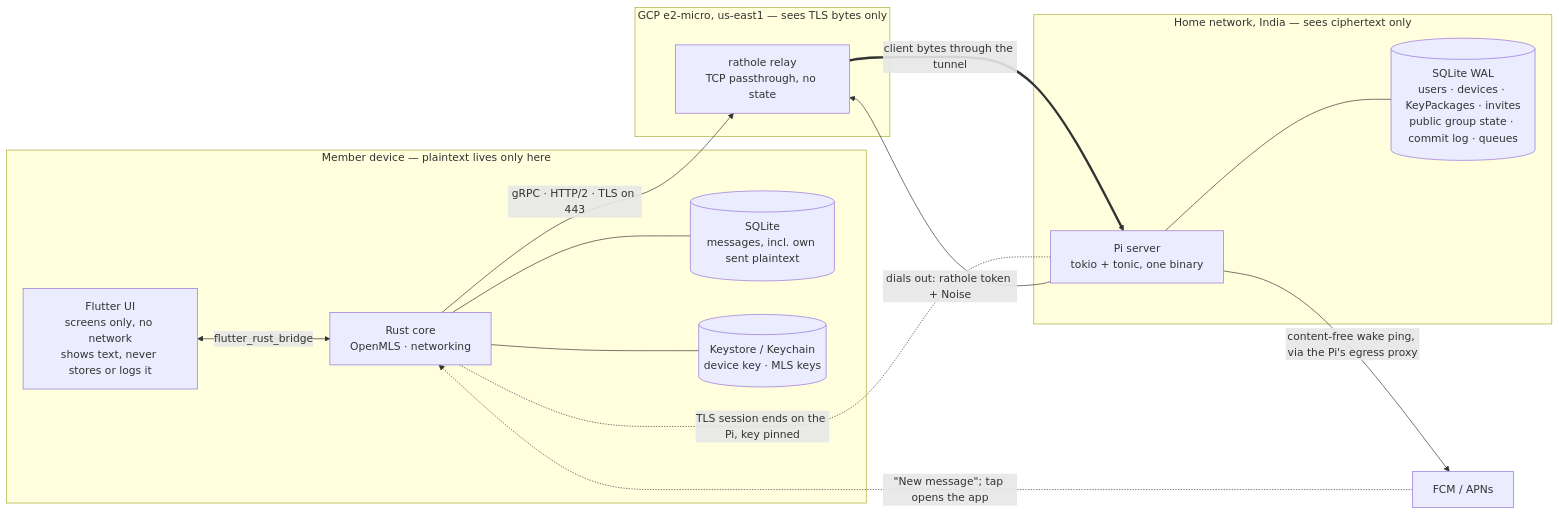
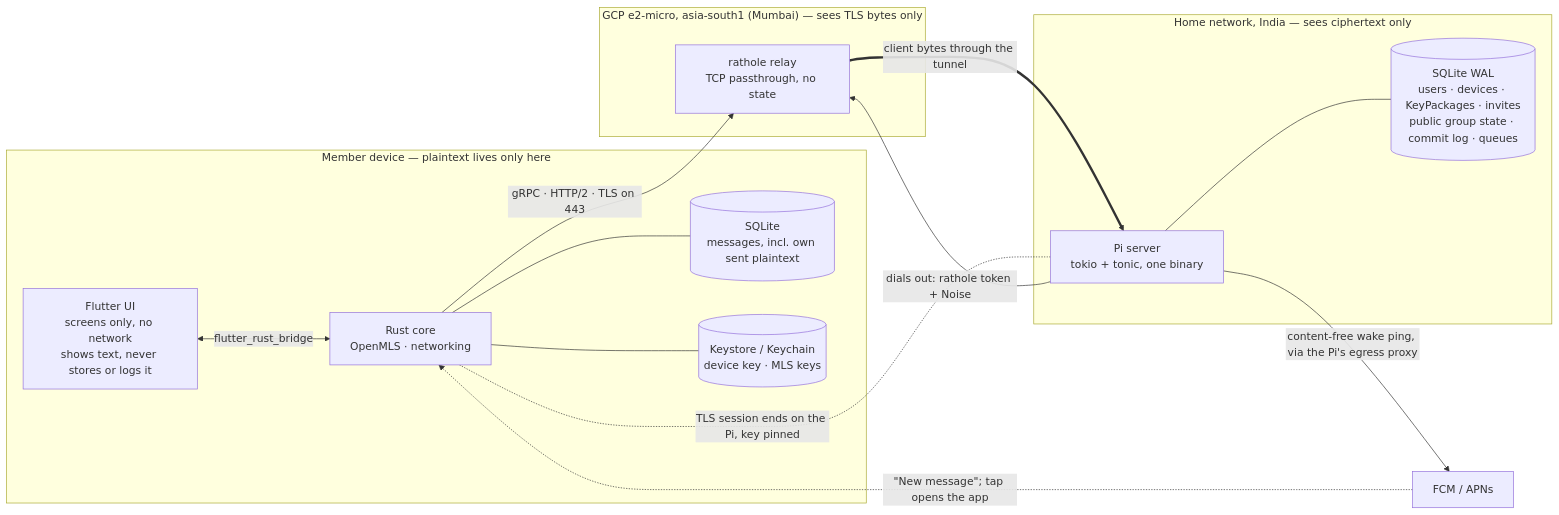
The first of 4 diagrams in docs/architecture-decisions.md (koppathachan/vyajena), drawn with Mermaid before and after one commit. The commit also changed other lines of this file and 10 other files, not shown here.

First line of the commit message:
relay-mumbai: move the relay region to asia-south1

````diff
--- a/docs/architecture-decisions.md
+++ b/docs/architecture-decisions.md
@@ -44,31 +44,31 @@
 ```mermaid
 flowchart LR
   subgraph device["Member device — plaintext lives only here"]
     ui["Flutter UI<br/>screens only, no network<br/>shows text, never stores or logs it"]
     core["Rust core<br/>OpenMLS · networking"]
     db[("SQLite<br/>messages, incl. own sent plaintext")]
     ks[("Keystore / Keychain<br/>device key · MLS keys")]
     ui <-->|"flutter_rust_bridge"| core
     core --- db
     core --- ks
   end
 
-  subgraph gcp["GCP e2-micro, us-east1 — sees TLS bytes only"]
+  subgraph gcp["GCP e2-micro, asia-south1 (Mumbai) — sees TLS bytes only"]
     relay["rathole relay<br/>TCP passthrough, no state"]
   end
 
   subgraph home["Home network, India — sees ciphertext only"]
     pi["Pi server<br/>tokio + tonic, one binary"]
     pidb[("SQLite WAL<br/>users · devices · KeyPackages · invites<br/>public group state · commit log · queues")]
     pi --- pidb
   end
 
   push["FCM / APNs"]
 
   core -->|"gRPC · HTTP/2 · TLS on 443"| relay
   pi -->|"dials out: rathole token + Noise"| relay
   relay ==>|"client bytes through the tunnel"| pi
   core -. "TLS session ends on the Pi, key pinned" .- pi
   pi -->|"content-free wake ping, via the Pi's egress proxy"| push
   push -.->|"&quot;New message&quot;; tap opens the app"| core
 ```
````
